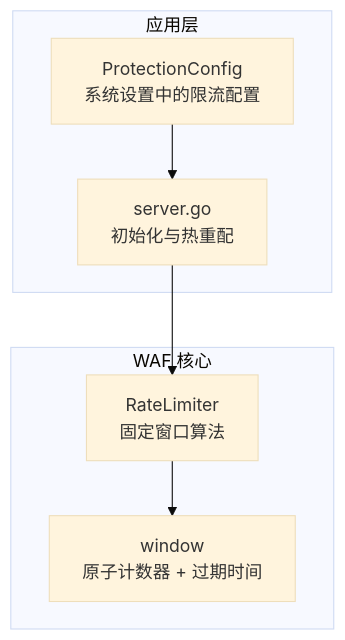
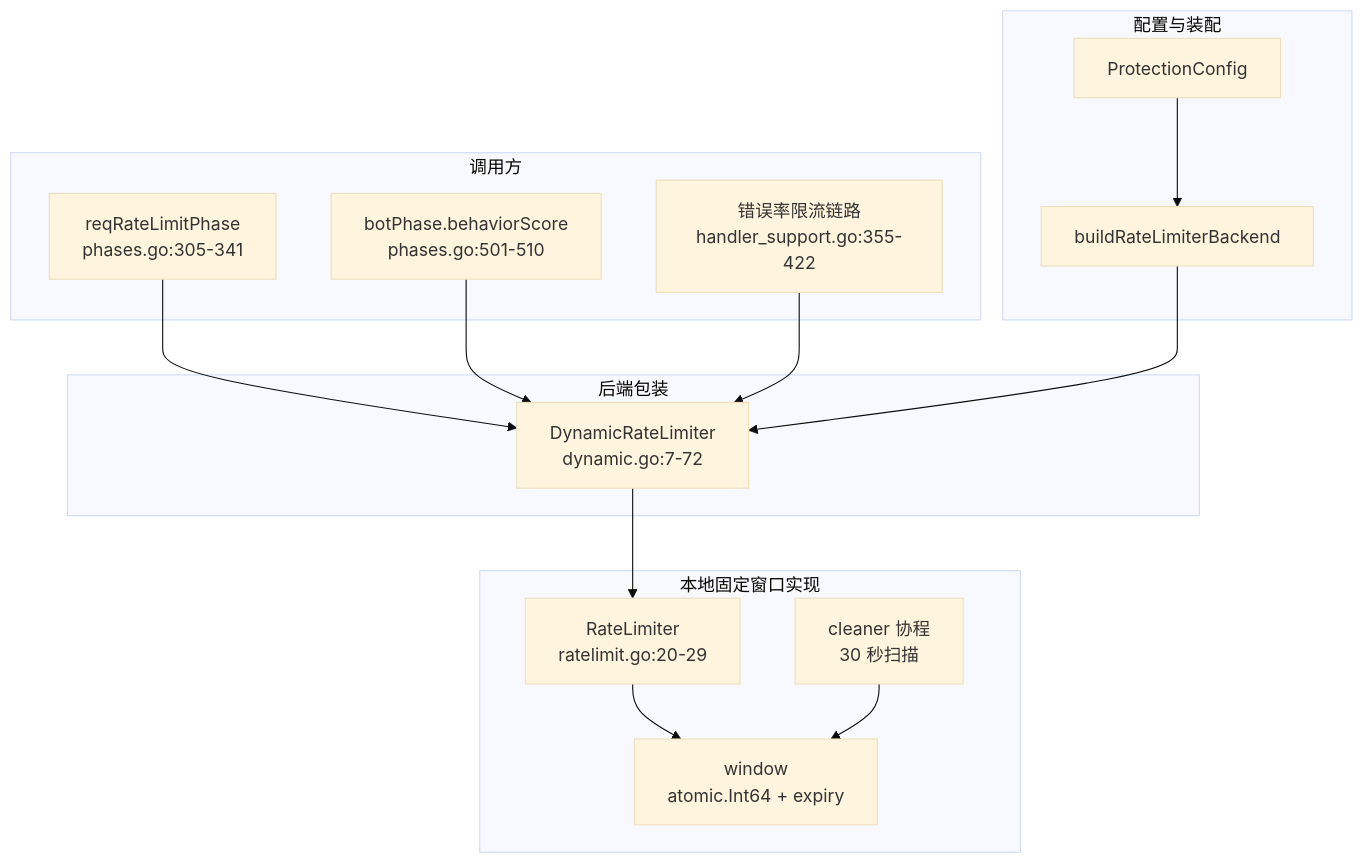
The first of 7 diagrams in docs/安全防护功能/速率限制机制/本地固定窗口限流.md (x01n/My-OpenWaf), drawn with Mermaid (base theme) before and after one commit. The commit also changed other lines of this file and 622 other files, not shown here.

````diff
--- a/docs/安全防护功能/速率限制机制/本地固定窗口限流.md
+++ b/docs/安全防护功能/速率限制机制/本地固定窗口限流.md
@@ -41,14 +87,28 @@
 ```mermaid
 graph TB
-subgraph "WAF 核心"
-RL["RateLimiter<br/>固定窗口算法"]
-RW["window<br/>原子计数器 + 过期时间"]
-end
-subgraph "应用层"
-SVR["server.go<br/>初始化与热重配"]
-CFG["ProtectionConfig<br/>系统设置中的限流配置"]
-end
-SVR --> RL
-RL --> RW
-CFG --> SVR
+    subgraph CALL["调用方"]
+        PH["reqRateLimitPhase<br/>phases.go:305-341"]
+        BOT["botPhase.behaviorScore<br/>phases.go:501-510"]
+        ERR["错误率限流链路<br/>handler_support.go:355-422"]
+    end
+    subgraph WRAP["后端包装"]
+        DYN["DynamicRateLimiter<br/>dynamic.go:7-72"]
+    end
+    subgraph LOCAL["本地固定窗口实现"]
+        RL["RateLimiter<br/>ratelimit.go:20-29"]
+        WIN["window<br/>atomic.Int64 + expiry"]
+        CLR["cleaner 协程<br/>30 秒扫描"]
+    end
+    subgraph CFG["配置与装配"]
+        PROT["ProtectionConfig"]
+        SRV["buildRateLimiterBackend"]
+    end
+    PH --> DYN
+    BOT --> DYN
+    ERR --> DYN
+    DYN --> RL
+    RL --> WIN
+    CLR --> WIN
+    PROT --> SRV
+    SRV --> DYN
 ```
````
